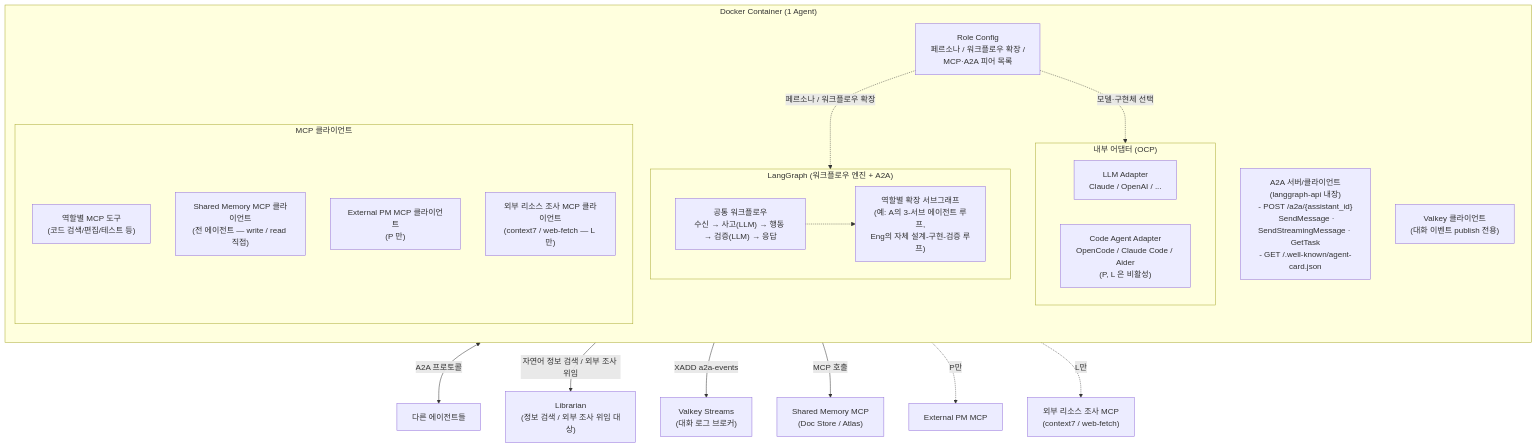
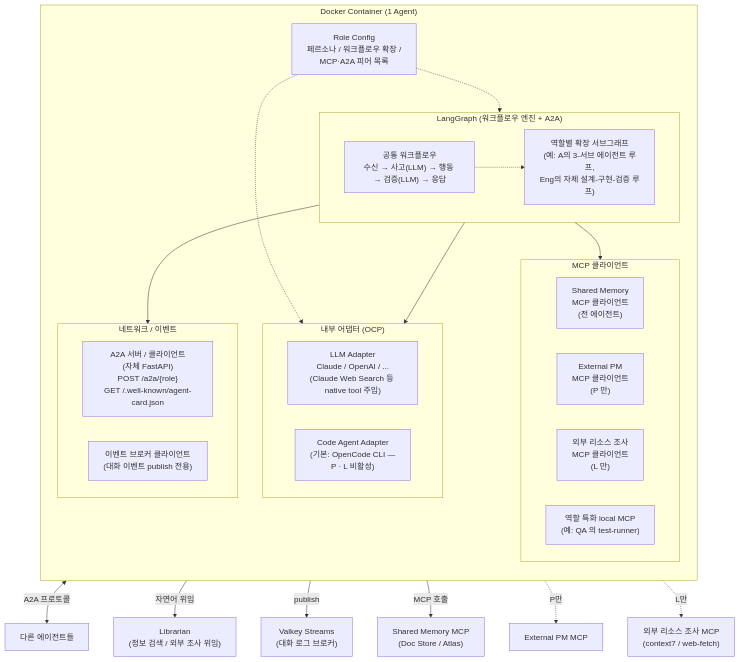
Before and after one commit to vonkernel/dev-team: the diagram in docs/proposal/architecture-agent-internals.md, drawn with Mermaid.

First paragraph of the commit message:
docs(agent-internals): 다이어그램 stale / 일관성 / 모호 정리 + 레이아웃 개선 (#66)
다이어그램 재검토 결과 반영. 노드 / 엣지 의미는 보존하되 정확성 + 가독성
+ 메인 §2.1 와의 일관성 정리.

````diff
--- a/docs/proposal/architecture-agent-internals.md
+++ b/docs/proposal/architecture-agent-internals.md
@@ -7,47 +7,57 @@
 ```mermaid
 graph TD
     subgraph Container["Docker Container (1 Agent)"]
         direction TB
         RoleConfig["Role Config<br/>페르소나 / 워크플로우 확장 /<br/>MCP·A2A 피어 목록"]
 
         subgraph LG["LangGraph (워크플로우 엔진 + A2A)"]
             Base["공통 워크플로우<br/>수신 → 사고(LLM) → 행동 → 검증(LLM) → 응답"]
             Ext["역할별 확장 서브그래프<br/>(예: A의 3-서브 에이전트 루프,<br/>Eng의 자체 설계-구현-검증 루프)"]
             Base -.-> Ext
         end
 
         subgraph Adapters["내부 어댑터 (OCP)"]
-            LLMAdapter["LLM Adapter<br/>Claude / OpenAI / ..."]
-            CodeAdapter["Code Agent Adapter<br/>OpenCode / Claude Code / Aider<br/>(P, L 은 비활성)"]
+            direction LR
+            LLMAdapter["LLM Adapter<br/>Claude / OpenAI / ...<br/>(Claude Web Search 등 native tool 주입)"]
+            CodeAdapter["Code Agent Adapter<br/>(기본: OpenCode CLI —<br/>P · L 비활성)"]
         end
 
         subgraph LocalMCP["MCP 클라이언트"]
-            RoleMCP["역할별 MCP 도구<br/>(코드 검색/편집/테스트 등)"]
-            SharedMemClient["Shared Memory MCP 클라이언트<br/>(전 에이전트 — write / read 직접)"]
-            ExtPmClient["External PM MCP 클라이언트<br/>(P 만)"]
-            ResearchClient["외부 리소스 조사 MCP 클라이언트<br/>(context7 / web-fetch — L 만)"]
+            direction LR
+            SharedMemClient["Shared Memory<br/>MCP 클라이언트<br/>(전 에이전트)"]
+            ExtPmClient["External PM<br/>MCP 클라이언트<br/>(P 만)"]
+            ResearchClient["외부 리소스 조사<br/>MCP 클라이언트<br/>(L 만)"]
+            RoleMCP["역할 특화 local MCP<br/>(예: QA 의 test-runner)"]
         end
 
-        A2A["A2A 서버/클라이언트<br/>(langgraph-api 내장)<br/>- POST /a2a/{assistant_id}<br/>&nbsp;&nbsp;SendMessage · SendStreamingMessage · GetTask<br/>- GET /.well-known/agent-card.json"]
-        BrokerClient["Valkey 클라이언트<br/>(대화 이벤트 publish 전용)"]
+        subgraph Network["네트워크 / 이벤트"]
+            direction LR
+            A2A["A2A 서버 / 클라이언트<br/>(자체 FastAPI)<br/>POST /a2a/{role}<br/>GET /.well-known/agent-card.json"]
+            BrokerClient["이벤트 브로커 클라이언트<br/>(대화 이벤트 publish 전용)"]
+        end
     end
 
+    %% Config 주입
+    RoleConfig -.-> LG
+    RoleConfig -.-> Adapters
+
+    %% LG → effectors (vertical stacking 강제)
+    LG --> Adapters
+    LG --> LocalMCP
+    LG --> Network
+
+    %% 외부 서비스
     Peers["다른 에이전트들"]
-    Librarian["Librarian<br/>(정보 검색 / 외부 조사 위임 대상)"]
+    Librarian["Librarian<br/>(정보 검색 / 외부 조사 위임)"]
     Broker["Valkey Streams<br/>(대화 로그 브로커)"]
     SharedMemMCP["Shared Memory MCP<br/>(Doc Store / Atlas)"]
     ExtPmMCP["External PM MCP"]
     ResearchMCP["외부 리소스 조사 MCP<br/>(context7 / web-fetch)"]
 
-    RoleConfig -.페르소나 / 워크플로우 확장.-> LG
-    RoleConfig -.모델·구현체 선택.-> Adapters
-    %% LocalMCP, A2A는 RoleConfig의 목록을 읽어 초기화 (자명하므로 엣지 생략)
-    %% BrokerClient는 RoleConfig와 무관 — 환경변수로 Valkey 설정 주입
-
     A2A <-->|A2A 프로토콜| Peers
-    A2A -->|자연어 정보 검색 / 외부 조사 위임| Librarian
-    BrokerClient -->|XADD a2a-events| Broker
+    A2A -->|자연어 위임| Librarian
+    BrokerClient -->|publish| Broker
     SharedMemClient -->|MCP 호출| SharedMemMCP
     ExtPmClient -.P만.-> ExtPmMCP
     ResearchClient -.L만.-> ResearchMCP
 ```
````
